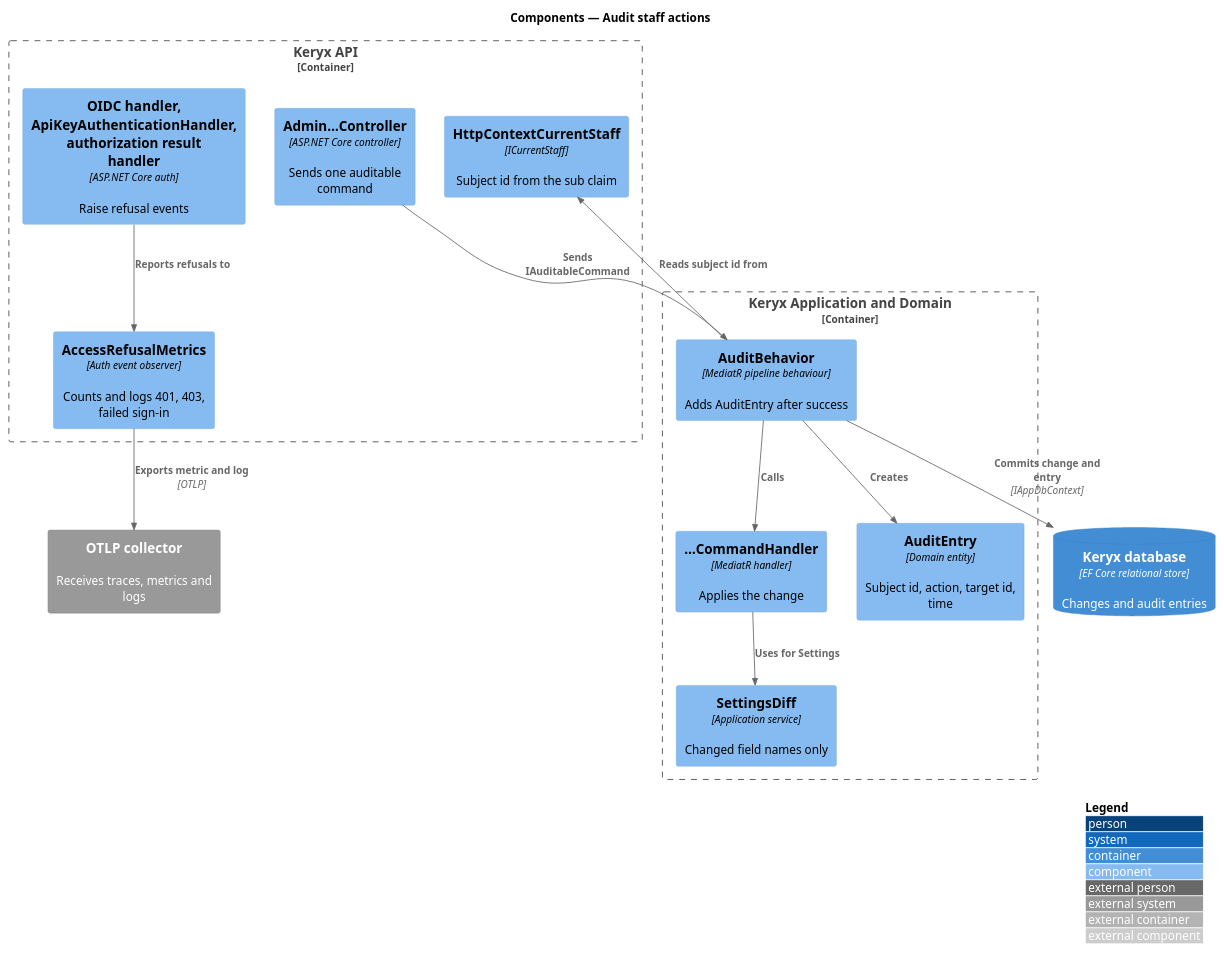
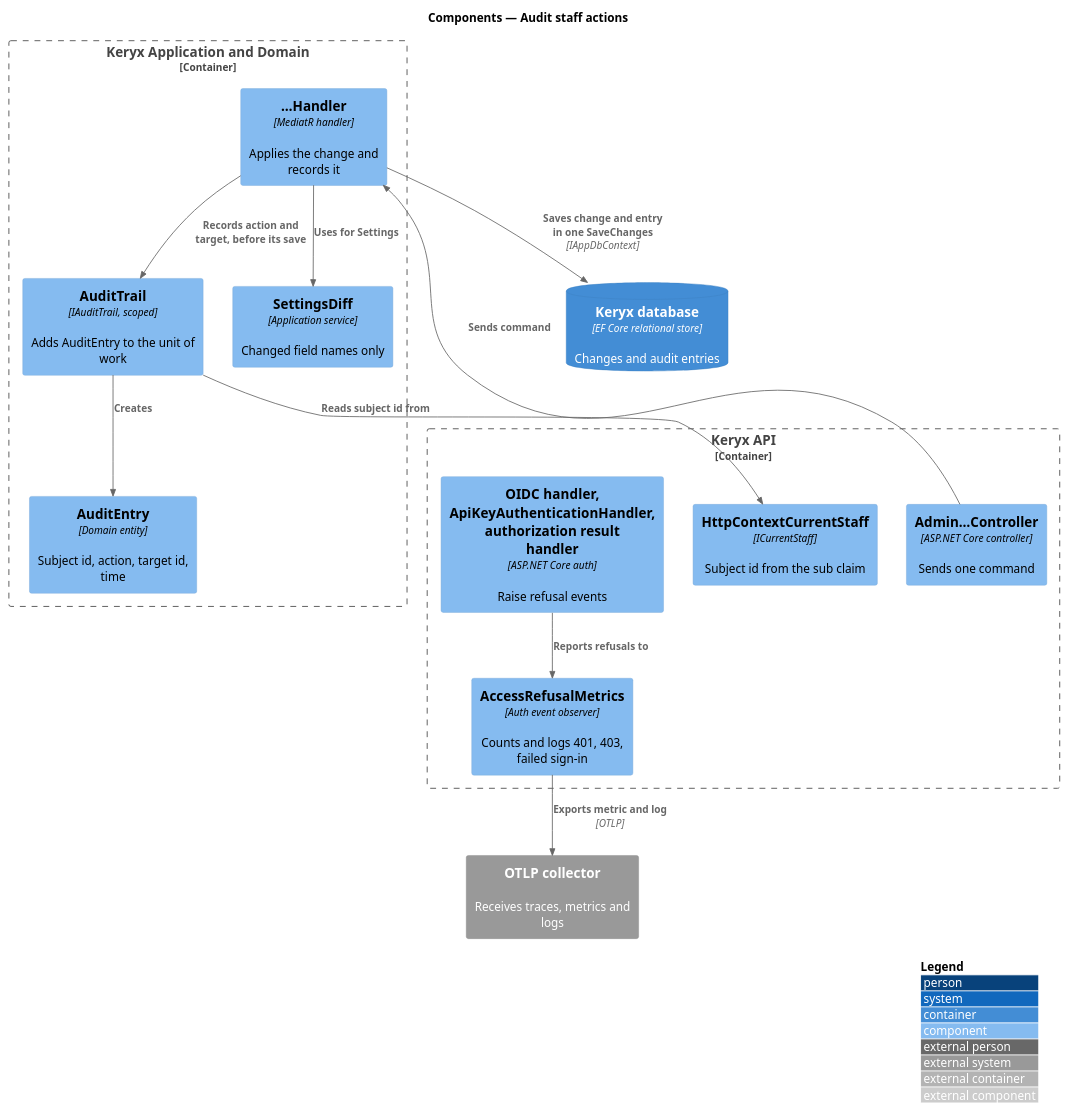
The diagram in docs/detailed-designs/operations/audit-staff-actions/diagrams/c4-component.puml (QuinntyneBrown/keryx), drawn with PlantUML before and after one commit. The commit also changed 23 other files, not shown here.

```diff
--- a/docs/detailed-designs/operations/audit-staff-actions/diagrams/c4-component.puml
+++ b/docs/detailed-designs/operations/audit-staff-actions/diagrams/c4-component.puml
@@ -1,29 +1,29 @@
 @startuml
 !include <C4/C4_Component>
 LAYOUT_WITH_LEGEND()
 title Components — Audit staff actions
 
 Container_Boundary(api, "Keryx API") {
-  Component(ctrl, "Admin…Controller", "ASP.NET Core controller", "Sends one auditable command")
+  Component(ctrl, "Admin…Controller", "ASP.NET Core controller", "Sends one command")
   Component(cur, "HttpContextCurrentStaff", "ICurrentStaff", "Subject id from the sub claim")
   Component(ref, "AccessRefusalMetrics", "Auth event observer", "Counts and logs 401, 403, failed sign-in")
   Component(authn, "OIDC handler, ApiKeyAuthenticationHandler, authorization result handler", "ASP.NET Core auth", "Raise refusal events")
 }
 Container_Boundary(app, "Keryx Application and Domain") {
-  Component(beh, "AuditBehavior", "MediatR pipeline behaviour", "Adds AuditEntry after success")
-  Component(h, "…CommandHandler", "MediatR handler", "Applies the change")
+  Component(h, "…Handler", "MediatR handler", "Applies the change and records it")
+  Component(trail, "AuditTrail", "IAuditTrail, scoped", "Adds AuditEntry to the unit of work")
   Component(diff, "SettingsDiff", "Application service", "Changed field names only")
   Component(entry, "AuditEntry", "Domain entity", "Subject id, action, target id, time")
 }
 ContainerDb(db, "Keryx database", "EF Core relational store", "Changes and audit entries")
 System_Ext(otel, "OTLP collector", "Receives traces, metrics and logs")
 
-Rel(ctrl, beh, "Sends IAuditableCommand")
-Rel(beh, h, "Calls")
-Rel(beh, cur, "Reads subject id from")
-Rel(beh, entry, "Creates")
+Rel(ctrl, h, "Sends command")
+Rel(h, trail, "Records action and target, before its save")
+Rel(trail, cur, "Reads subject id from")
+Rel(trail, entry, "Creates")
 Rel(h, diff, "Uses for Settings")
-Rel(beh, db, "Commits change and entry", "IAppDbContext")
+Rel(h, db, "Saves change and entry in one SaveChanges", "IAppDbContext")
 Rel(authn, ref, "Reports refusals to")
 Rel(ref, otel, "Exports metric and log", "OTLP")
 @enduml
```
